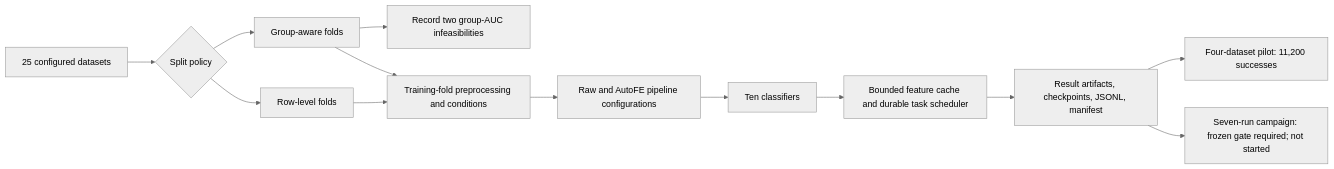
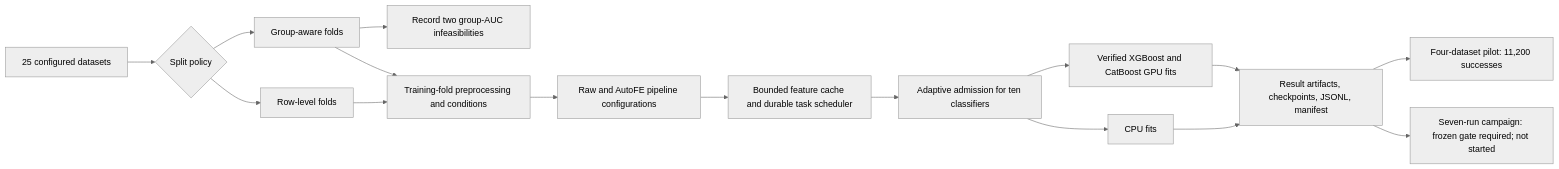
The diagram in README.md (mdshoaibuddinchanda/AutoFE-ShiftBench), drawn with Mermaid (neutral theme) before and after one commit. The commit also changed other lines of this file and 20 other files, not shown here.

Commit message:
Freeze adaptive v4 launch evidence and document verified resource policy

````diff
--- a/README.md
+++ b/README.md
@@ -21,15 +36,18 @@
 ```mermaid
 flowchart LR
     A[25 configured datasets] --> B{Split policy}
     B --> R[Row-level folds]
     B --> G[Group-aware folds]
     G --> S[Record two group-AUC infeasibilities]
     R --> T[Training-fold preprocessing and conditions]
     G --> T
     T --> F[Raw and AutoFE pipeline configurations]
-    F --> M[Ten classifiers]
-    M --> C[Bounded feature cache and durable task scheduler]
-    C --> L[Result artifacts, checkpoints, JSONL, manifest]
+    F --> C[Bounded feature cache and durable task scheduler]
+    C --> M[Adaptive admission for ten classifiers]
+    M --> CPU[CPU fits]
+    M --> GPU[Verified XGBoost and CatBoost GPU fits]
+    CPU --> L[Result artifacts, checkpoints, JSONL, manifest]
+    GPU --> L
     L --> P[Four-dataset pilot: 11,200 successes]
     L --> H[Seven-run campaign: frozen gate required; not started]
 ```
````
